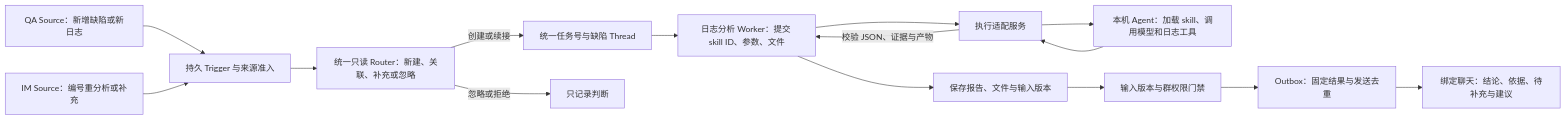
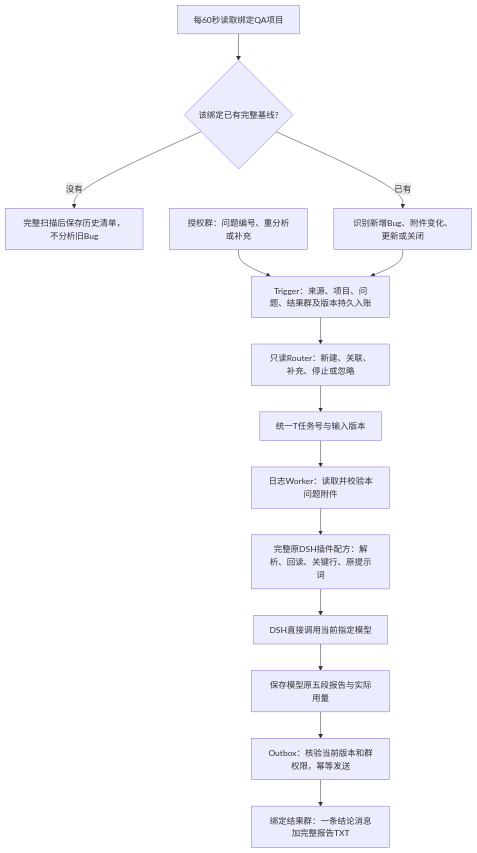
One commit to walcracia/agent_bot_im changed the second of 3 diagrams in README.md. Above: the diagram before and after it, drawn with Mermaid. The commit also changed other lines of this file and 52 other files, not shown here.

````diff
--- a/README.md
+++ b/README.md
@@ -17,17 +51,16 @@
 ```mermaid
-flowchart LR
-  QA[QA Source：新增缺陷或新日志] --> Trigger[持久 Trigger 与来源准入]
-  Chat[IM Source：编号重分析或补充] --> Trigger
-  Trigger --> Route[统一只读 Router：新建、关联、补充或忽略]
-  Route -->|创建或续接| Task[统一任务号与缺陷 Thread]
-  Route -->|忽略或拒绝| Record[只记录判断]
-  Task --> Worker[日志分析 Worker：提交 skill ID、参数、文件]
-  Worker --> Adapter[执行适配服务]
-  Adapter --> Agent[本机 Agent：加载 skill、调用模型和日志工具]
-  Agent --> Adapter
-  Adapter -->|校验 JSON、证据与产物| Worker
-  Worker --> Save[保存报告、文件与输入版本]
-  Save --> Gate[输入版本与群权限门禁]
-  Gate --> Outbox[Outbox：固定结果与发送去重]
-  Outbox --> IM[绑定聊天：结论、依据、待补充与建议]
+flowchart TB
+  QA[每60秒读取绑定QA项目] --> Baseline{该绑定已有完整基线?}
+  Baseline -->|没有| SaveBaseline[完整扫描后保存历史清单，不分析旧Bug]
+  Baseline -->|已有| Change[识别新增Bug、附件变化、更新或关闭]
+  Chat[授权群：问题编号、重分析或补充] --> Trigger
+  Change --> Trigger[Trigger：来源、项目、问题、结果群及版本持久入账]
+  Trigger --> Route[只读Router：新建、关联、补充、停止或忽略]
+  Route --> Task[统一T任务号与输入版本]
+  Task --> Worker[日志Worker：读取并校验本问题附件]
+  Worker --> Recipe[完整原DSH插件配方：解析、回读、关键行、原提示词]
+  Recipe --> DSH[DSH直接调用当前指定模型]
+  DSH --> Report[保存模型原五段报告与实际用量]
+  Report --> Outbox[Outbox：核验当前版本和群权限，幂等发送]
+  Outbox --> Result[绑定结果群：一条结论消息加完整报告TXT]
 ```
````
